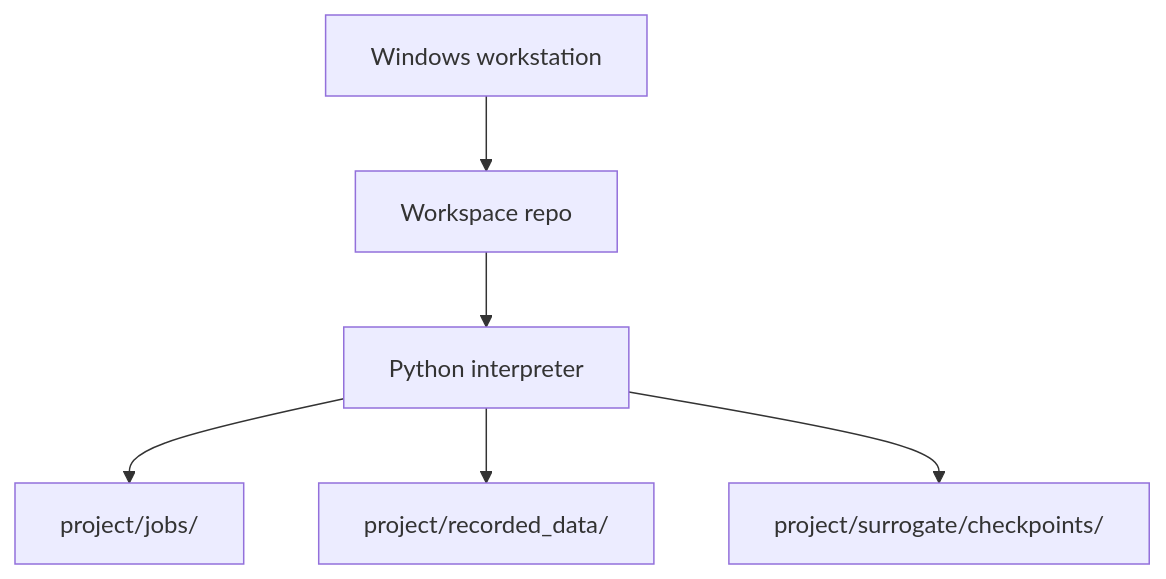
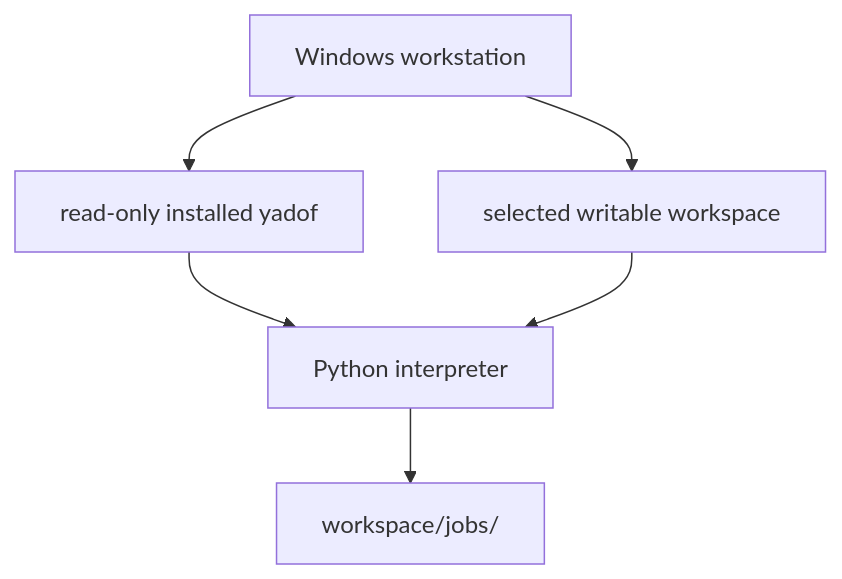
Before and after one commit to YS-Pan/yadof: the first of 2 diagrams in dev_doc/architecture/4plus1_physical_view.md, drawn with Mermaid. The commit also changed other lines of this file and 55 other files, not shown here.

Commit message:
feat: package workspace lifecycle and local evaluation

````diff
--- a/dev_doc/architecture/4plus1_physical_view.md
+++ b/dev_doc/architecture/4plus1_physical_view.md
@@ -5,15 +5,14 @@
 ```mermaid
 flowchart TD
     Workstation["Windows workstation"]
-    Repo["Workspace repo"]
+    Package["read-only installed yadof"]
+    Workspace["selected writable workspace"]
     Python["Python interpreter"]
-    Jobs["project/jobs/"]
-    Records["project/recorded_data/"]
-    Checkpoints["project/surrogate/checkpoints/"]
+    Jobs["workspace/jobs/"]
 
-    Workstation --> Repo
-    Repo --> Python
+    Workstation --> Package
+    Workstation --> Workspace
+    Package --> Python
+    Workspace --> Python
     Python --> Jobs
-    Python --> Records
-    Python --> Checkpoints
 ```
````
